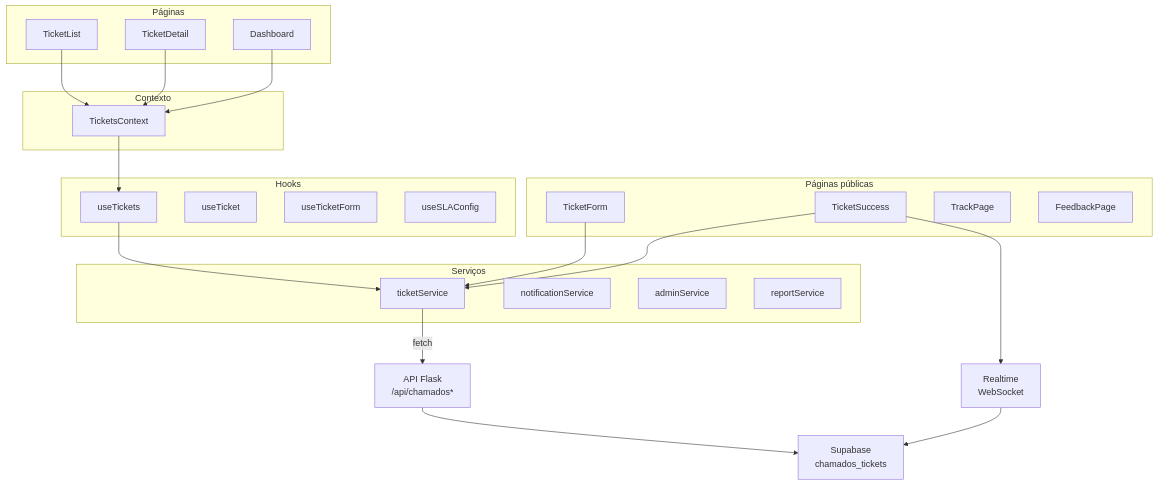
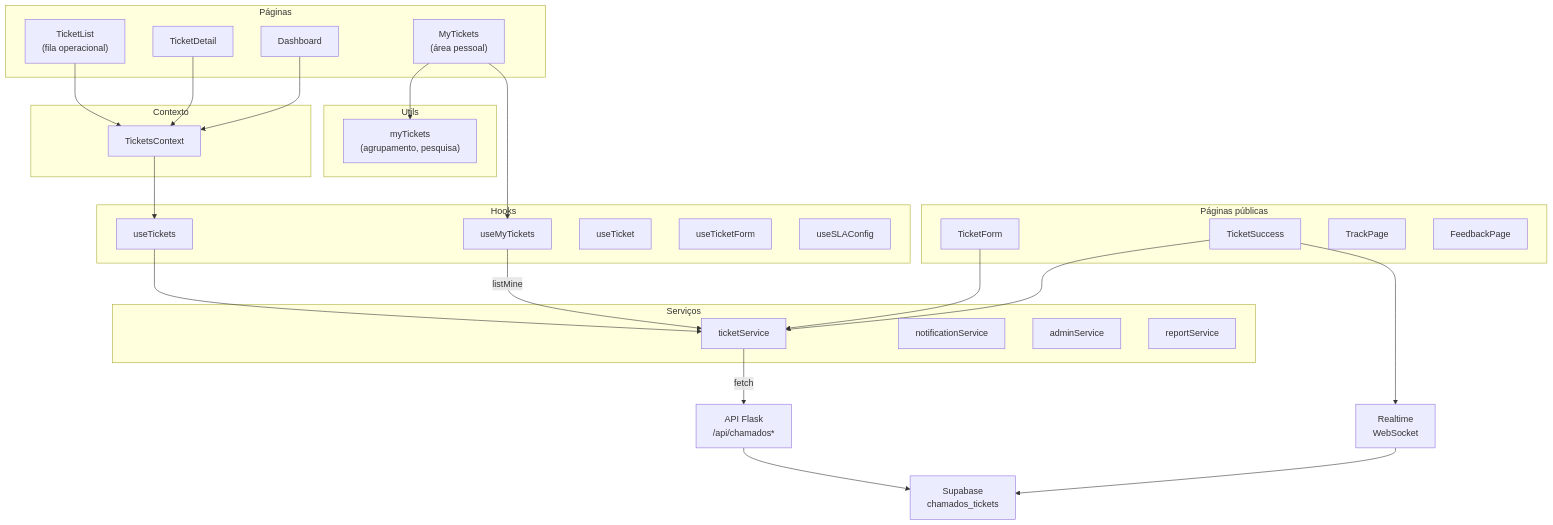
One commit to vihisantos/LabHub changed the diagram in docs/apps/chamados/architecture.md. Above: the diagram before and after it, drawn with Mermaid. The commit also changed other lines of this file and 7 other files, not shown here.

````diff
--- a/docs/apps/chamados/architecture.md
+++ b/docs/apps/chamados/architecture.md
@@ -7,44 +7,53 @@
 ```mermaid
 flowchart TD
     subgraph PAGES["Páginas"]
-        LIST["TicketList"]
+        LIST["TicketList\n(fila operacional)"]
+        MINE["MyTickets\n(área pessoal)"]
         DETAIL["TicketDetail"]
         DASH["Dashboard"]
     end
 
     subgraph PUBLIC["Páginas públicas"]
         FORM["TicketForm"]
         SUCCESS["TicketSuccess"]
         TRACK["TrackPage"]
         FEEDBACK["FeedbackPage"]
     end
 
     subgraph SERVICES["Serviços"]
         TS["ticketService"]
         NS["notificationService"]
         AS["adminService"]
         RS["reportService"]
     end
 
     subgraph HOOKS["Hooks"]
         UT["useTickets"]
+        UM["useMyTickets"]
         UT2["useTicket"]
         UF["useTicketForm"]
         SC["useSLAConfig"]
+    end
+
+    subgraph UTILS["Utils"]
+        MYT["myTickets\n(agrupamento, pesquisa)"]
     end
 
     subgraph CONTEXT["Contexto"]
         TC["TicketsContext"]
     end
 
     LIST & DETAIL & DASH --> TC
     TC --> UT
     UT --> TS
+    MINE --> UM
+    UM -->|listMine| TS
+    MINE --> MYT
     TS -->|fetch| API["API Flask\n/api/chamados*"]
     API --> DB["Supabase\nchamados_tickets"]
 
     FORM --> TS
     SUCCESS --> TS
     SUCCESS --> RT["Realtime\nWebSocket"]
     RT --> DB
 ```
````
